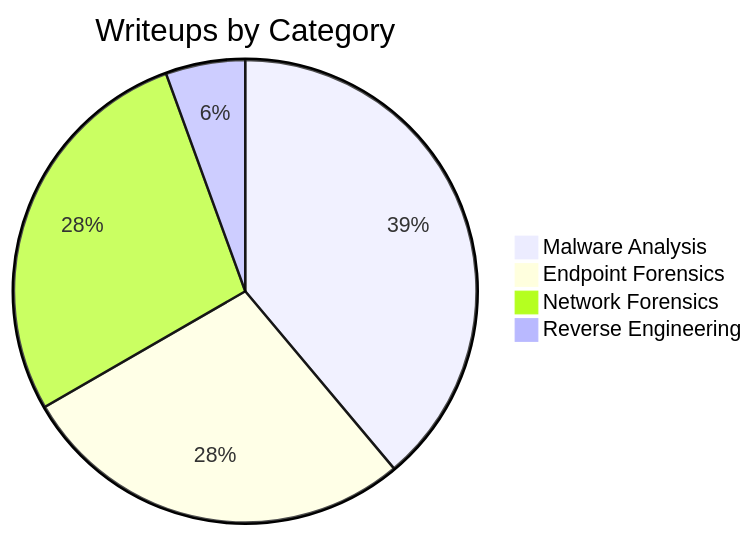
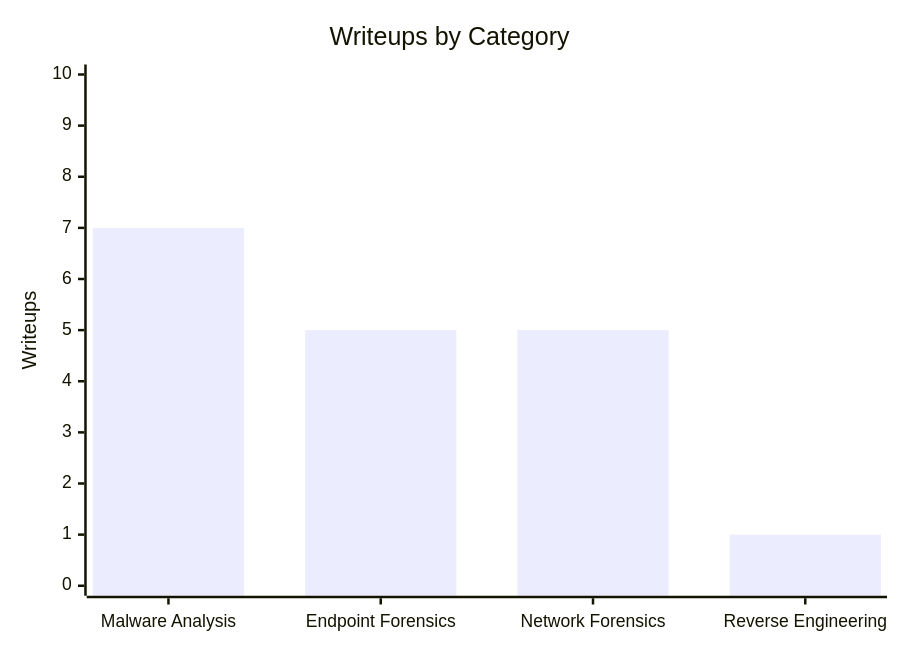
One commit to FrancisVillalon/cyberdefender-writeups changed the diagram in README.md. Above: the diagram before and after it, drawn with Mermaid. The commit also changed other lines of this file, not shown here.

````diff
--- a/README.md
+++ b/README.md
@@ -18,7 +7,7 @@
 ```mermaid
-pie title Writeups by Category
-    "Malware Analysis" : 7
-    "Endpoint Forensics" : 5
-    "Network Forensics" : 5
-    "Reverse Engineering" : 1
+xychart-beta
+    title "Writeups by Category"
+    x-axis ["Malware Analysis", "Endpoint Forensics", "Network Forensics", "Reverse Engineering"]
+    y-axis "Writeups" 0 --> 10
+    bar [7, 5, 5, 1]
 ```
````
